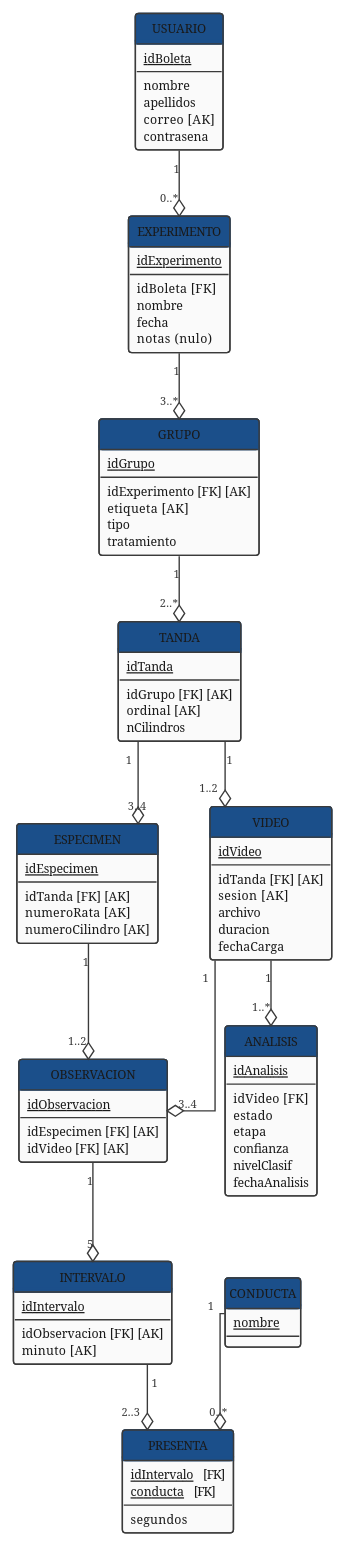
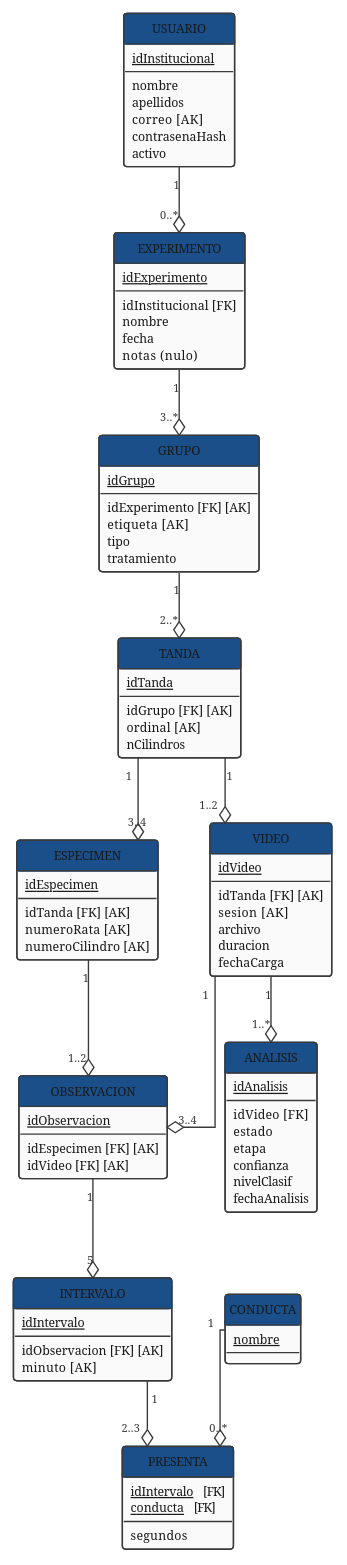
One commit to ErickJester/fst-ai-system-latex changed the diagram in diagramas/grafo_relacional_final.puml. Above: the diagram before and after it, drawn with PlantUML. The commit also changed 17 other files, not shown here.

```diff
--- a/diagramas/grafo_relacional_final.puml
+++ b/diagramas/grafo_relacional_final.puml
@@ -1,183 +1,184 @@
 @startuml grafo_relacional_final
 ' ================================================================
 '  Grafo Relacional FINAL - Esquema Logico Definitivo
 '  Base de datos FST | TT 2026-B066 | ESCOM-IPN
 '  Frausto Robles Angel Ali . Rodriguez Verdin Sandoval Vanesa
 ' ----------------------------------------------------------------
 '  Salida de la actividad 6 (validacion) de la etapa de diseno
 '  logico, ya normalizado. Es el SEGUNDO de los dos entregables
 '  que pide el metodo: el primero es grafo_relacional_inicial.puml,
 '  y los dos deben presentarse juntos --- publicar solo el final
 '  deja sin evidencia el paso de validacion.
 '
 '  11 relaciones - 46 atributos - 11 llaves foraneas, todas de una
 '  sola columna. Verificado en BCNF relacion por relacion.
 '
 '  NO lleva tipos de dato (VARCHAR, INTEGER...): los tipos son de
 '  la etapa fisica. Este es el modelo logico.
 '
 '  Sustituye a diagramas/relacional.puml, que modelaba el esquema
 '  anterior (sin los niveles Grupo y Tanda).
 '
 '  Generar:
 '      java -jar plantuml.jar -tpng diagramas/grafo_relacional_final.puml
 ' ================================================================
 
 !theme plain
 skinparam defaultFontName Arial
 skinparam defaultFontSize 10
 skinparam shadowing false
 skinparam linetype ortho
 skinparam classAttributeIconSize 0
 skinparam BackgroundColor White
 skinparam nodesep 38
 skinparam ranksep 48
 
 ' Esto es un grafo relacional, no un diagrama de clases: fuera el
 ' circulo <<C>> de UML que PlantUML pone en cada cabecera.
 hide circle
 
 ' Sin titulo y sin notas a proposito: el grafo se presenta desnudo.
 ' Lo que decia el titulo (BCNF, 11 relaciones, 46 atributos, 11 FK)
 ' va en el pie de figura del capitulo 5; lo que decian las notas
 ' --- por que ESPECIMEN tiene un solo padre, el pendiente D-04 de
 ' la clave alterna, y que 'segundos' es el unico dato medido ---
 ' va en la prosa de la seccion de normalizacion.
 ' El grafo inicial si las conserva: ahi marcan los tres defectos.
 
 skinparam class {
   BackgroundColor       #FAFAFA
   BorderColor           #3A3A3A
   BorderThickness       1
   HeaderBackgroundColor #1B4F8A
   HeaderFontColor       #FFFFFF
   HeaderFontSize        11
   HeaderFontStyle       bold
   AttributeFontSize     9
   AttributeFontColor    #1A1A1A
 }
 
 skinparam arrow {
   Color     #3A3A3A
   Thickness 1
   FontSize  8
   FontColor #3A3A3A
 }
 
 ' ━━━━━━━━━━━━━━━━━━━━━━━━━━━━━━━━━━━━━━━━━━━━━━━━━━━━━━━━━━━━━━━━
 '  RELACIONES
 '  <u>subrayado</u> = llave primaria
 '  [FK] = llave foranea     [AK] = participa en una clave alterna
 ' ━━━━━━━━━━━━━━━━━━━━━━━━━━━━━━━━━━━━━━━━━━━━━━━━━━━━━━━━━━━━━━━━
 
 class USUARIO {
-  <u>idBoleta</u>
+  <u>idInstitucional</u>
   --
   nombre
   apellidos
   correo   [AK]
-  contrasena
+  contrasenaHash
+  activo
 }
 
 class EXPERIMENTO {
   <u>idExperimento</u>
   --
-  idBoleta   [FK]
+  idInstitucional   [FK]
   nombre
   fecha
   notas   (nulo)
 }
 
 class GRUPO {
   <u>idGrupo</u>
   --
   idExperimento   [FK] [AK]
   etiqueta   [AK]
   tipo
   tratamiento
 }
 
 class TANDA {
   <u>idTanda</u>
   --
   idGrupo   [FK] [AK]
   ordinal   [AK]
   nCilindros
 }
 
 class ESPECIMEN {
   <u>idEspecimen</u>
   --
   idTanda   [FK] [AK]
   numeroRata   [AK]
   numeroCilindro   [AK]
 }
 
 class VIDEO {
   <u>idVideo</u>
   --
   idTanda   [FK] [AK]
   sesion   [AK]
   archivo
   duracion
   fechaCarga
 }
 
 class ANALISIS {
   <u>idAnalisis</u>
   --
   idVideo   [FK]
   estado
   etapa
   confianza
   nivelClasif
   fechaAnalisis
 }
 
 class OBSERVACION {
   <u>idObservacion</u>
   --
   idEspecimen   [FK] [AK]
   idVideo   [FK] [AK]
 }
 
 class INTERVALO {
   <u>idIntervalo</u>
   --
   idObservacion   [FK] [AK]
   minuto   [AK]
 }
 
 class CONDUCTA {
   <u>nombre</u>
 }
 
 class PRESENTA {
   <u>idIntervalo</u>   [FK]
   <u>conducta</u>   [FK]
   --
   segundos
 }
 
 ' ━━━━━━━━━━━━━━━━━━━━━━━━━━━━━━━━━━━━━━━━━━━━━━━━━━━━━━━━━━━━━━━━
 '  ARISTAS  -  una por llave foranea, dirigidas a la relacion
 '  referenciada. Las multiplicidades vienen del esquema conceptual.
 '
 '  Sin etiqueta de atributo: el nombre de cada foranea ya se lee
 '  en la relacion de origen, marcado [FK]. Ponerlo tambien sobre
 '  la arista lo repite.
 ' ━━━━━━━━━━━━━━━━━━━━━━━━━━━━━━━━━━━━━━━━━━━━━━━━━━━━━━━━━━━━━━━━
 
 USUARIO      "1" --o "0..*" EXPERIMENTO
 EXPERIMENTO  "1" --o "3..*" GRUPO
 GRUPO        "1" --o "2..*" TANDA
 TANDA        "1" --o "3..4" ESPECIMEN
 TANDA        "1" --o "1..2" VIDEO
 VIDEO        "1" --o "1..*" ANALISIS
 ESPECIMEN    "1" --o "1..2" OBSERVACION
 VIDEO        "1" --o "3..4" OBSERVACION
 OBSERVACION  "1" --o "5"    INTERVALO
 INTERVALO    "1" --o "2..3" PRESENTA
 CONDUCTA     "1" --o "0..*" PRESENTA
 
 @enduml
```
